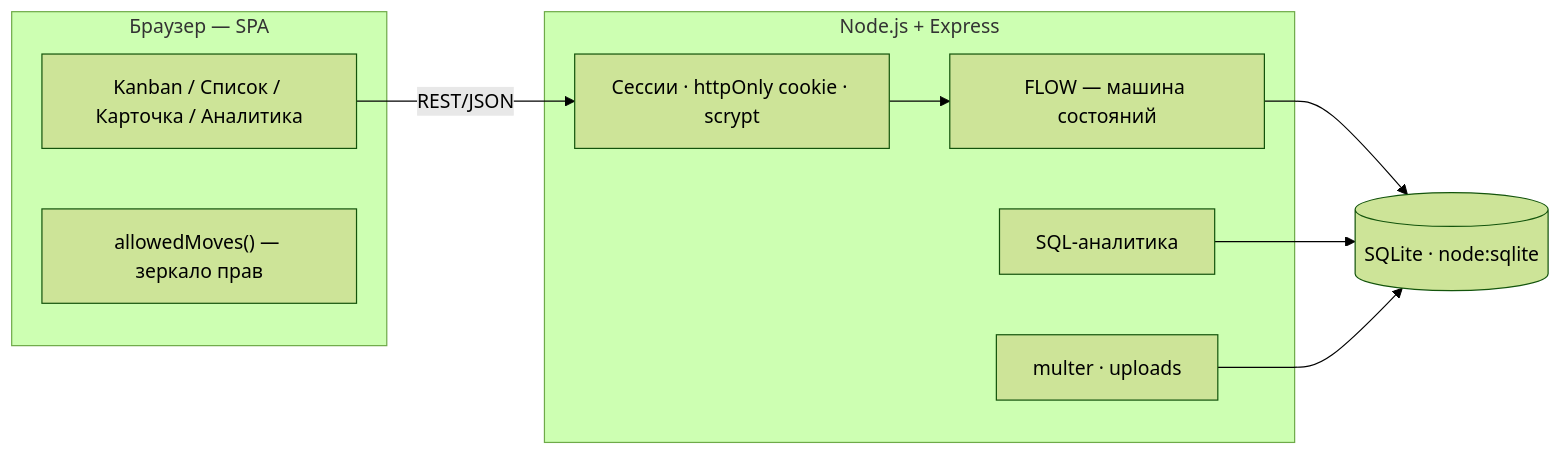
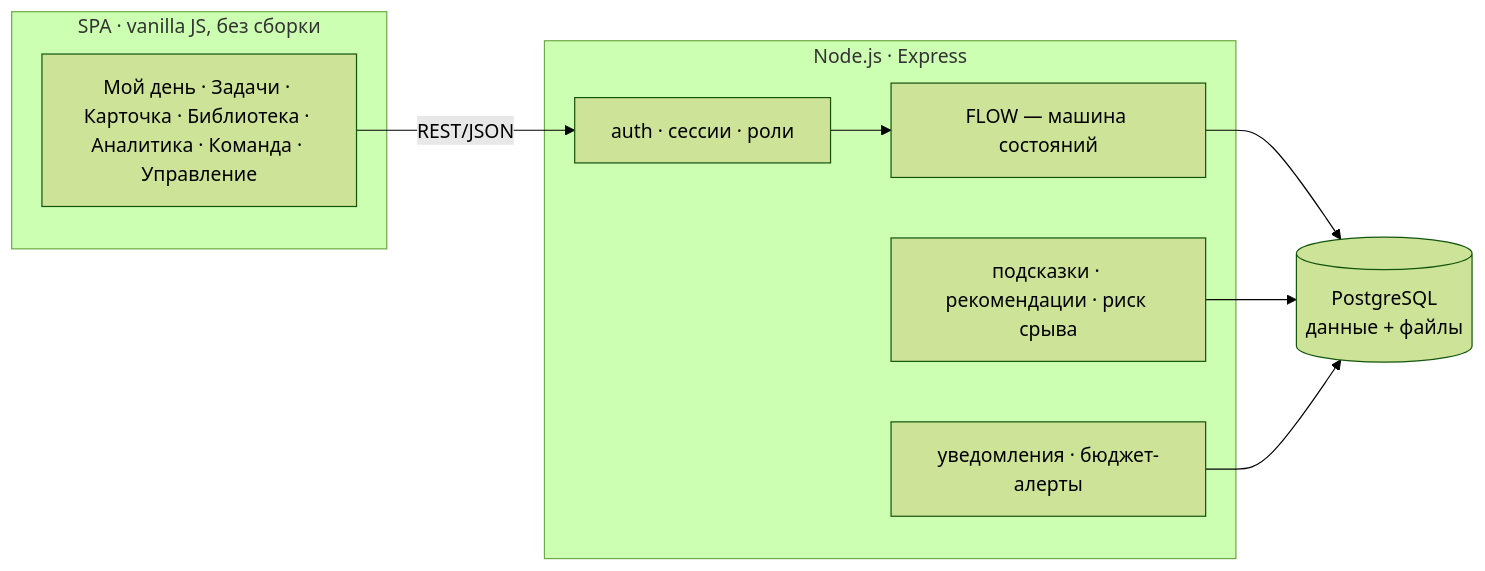
The first of 2 diagrams in README.md (NickPlexus/creative-desk), drawn with Mermaid (forest theme) before and after one commit. The commit also changed other lines of this file and 30 other files, not shown here.

First line of the commit message:
Creative Desk 2.0: PostgreSQL storage, versions and itemised revisions, creative library with launch results, My day, brief insights, assignee recommendations, deadline risk, cost per creative, AI budgets, admin, notifications, new design system

````diff
--- a/README.md
+++ b/README.md
@@ -73,17 +66,16 @@
 ```mermaid
 flowchart LR
-  subgraph Client["Браузер — SPA"]
-    UI[Kanban / Список / Карточка / Аналитика]
-    PM["allowedMoves() — зеркало прав"]
+  subgraph Browser["SPA · vanilla JS, без сборки"]
+    UI[Мой день · Задачи · Карточка · Библиотека · Аналитика · Команда · Управление]
   end
-  subgraph Server["Node.js + Express"]
-    AUTH[Сессии · httpOnly cookie · scrypt]
-    FLOW["FLOW — машина состояний"]
-    AN[SQL-аналитика]
-    UP[multer · uploads]
+  subgraph Node["Node.js · Express"]
+    A[auth · сессии · роли]
+    F["FLOW — машина состояний"]
+    INS[подсказки · рекомендации · риск срыва]
+    N[уведомления · бюджет-алерты]
   end
-  DB[(SQLite · node:sqlite)]
-  UI -- REST/JSON --> AUTH --> FLOW --> DB
-  AN --> DB
-  UP --> DB
+  PG[(PostgreSQL<br/>данные + файлы)]
+  UI -- REST/JSON --> A --> F --> PG
+  INS --> PG
+  N --> PG
 ```
````
